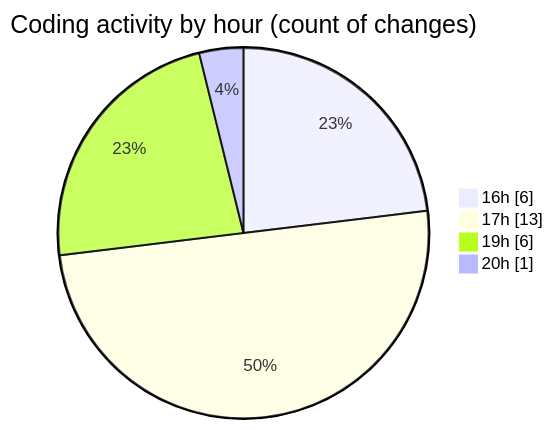
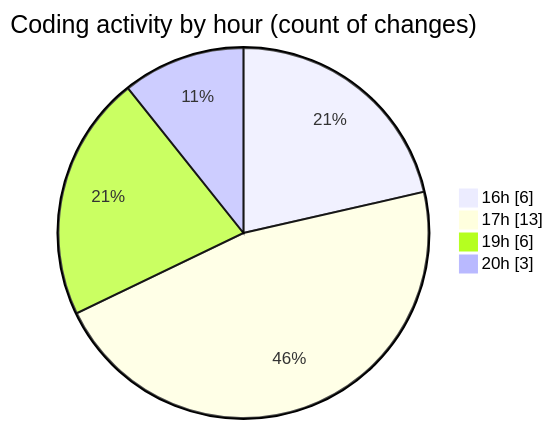
Before and after one commit to idhammustaqopulfikri/code-tracking: the second of 2 diagrams in 2025-06-22/studio-backend/README.md, drawn with Mermaid. The commit also changed other lines of this file and 1 other file, not shown here.

````diff
--- a/2025-06-22/studio-backend/README.md
+++ b/2025-06-22/studio-backend/README.md
@@ -34,8 +34,8 @@
 ```mermaid
 pie showData
 title Coding activity by hour (count of changes)
 "16h" : 6
 "17h" : 13
 "19h" : 6
-"20h" : 1
+"20h" : 3
 ```
````
